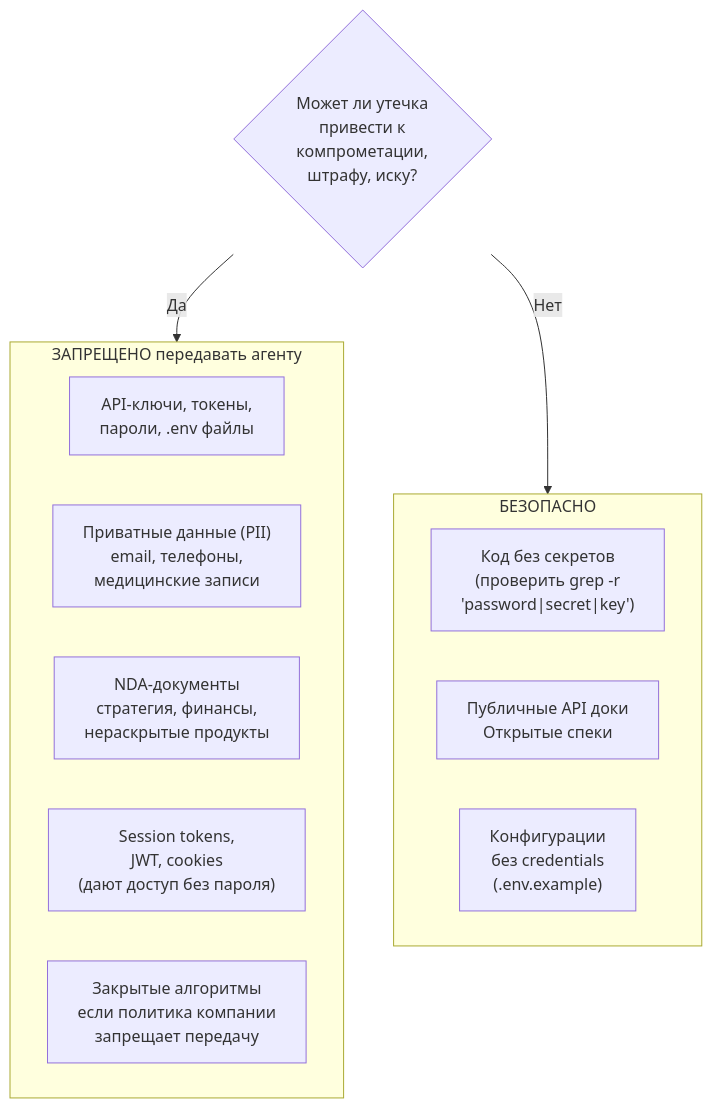
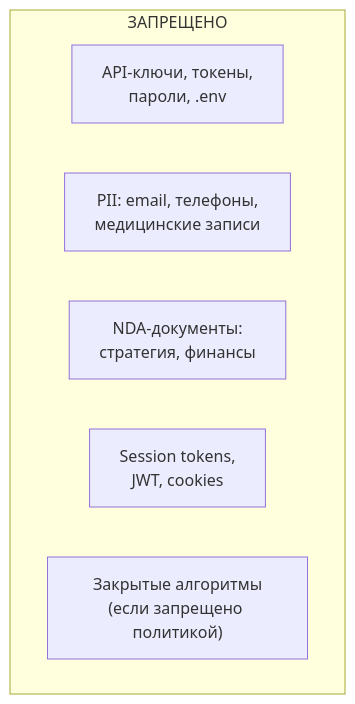
The first of 2 diagrams in course/module-8-responsibility/diagrams/forbidden-data.md (maddevsio/ai-adoption-course), drawn with Mermaid before and after one commit. The commit also changed other lines of this file and 14 other files, not shown here.

````diff
--- a/course/module-8-responsibility/diagrams/forbidden-data.md
+++ b/course/module-8-responsibility/diagrams/forbidden-data.md
@@ -5,20 +5,10 @@
 ```mermaid
 flowchart TD
-    subgraph forbidden["ЗАПРЕЩЕНО передавать агенту"]
-        F1["API-ключи, токены,\nпароли, .env файлы"]
-        F2["Приватные данные (PII)\nemail, телефоны,\nмедицинские записи"]
-        F3["NDA-документы\nстратегия, финансы,\nнераскрытые продукты"]
-        F4["Session tokens,\nJWT, cookies\n(дают доступ без пароля)"]
-        F5["Закрытые алгоритмы\nесли политика компании\nзапрещает передачу"]
+    subgraph forbidden["ЗАПРЕЩЕНО"]
+        F1["API-ключи, токены,\nпароли, .env"]
+        F2["PII: email, телефоны,\nмедицинские записи"]
+        F3["NDA-документы:\nстратегия, финансы"]
+        F4["Session tokens,\nJWT, cookies"]
+        F5["Закрытые алгоритмы\n(если запрещено политикой)"]
     end
-
-    subgraph safe["БЕЗОПАСНО"]
-        S1["Код без секретов\n(проверить grep -r\n'password|secret|key')"]
-        S2["Публичные API доки\nОткрытые спеки"]
-        S3["Конфигурации\nбез credentials\n(.env.example)"]
-    end
-
-    Check{"Может ли утечка\nпривести к\nкомпрометации,\nштрафу, иску?"}
-    Check -->|"Да"| forbidden
-    Check -->|"Нет"| safe
 ```
````
